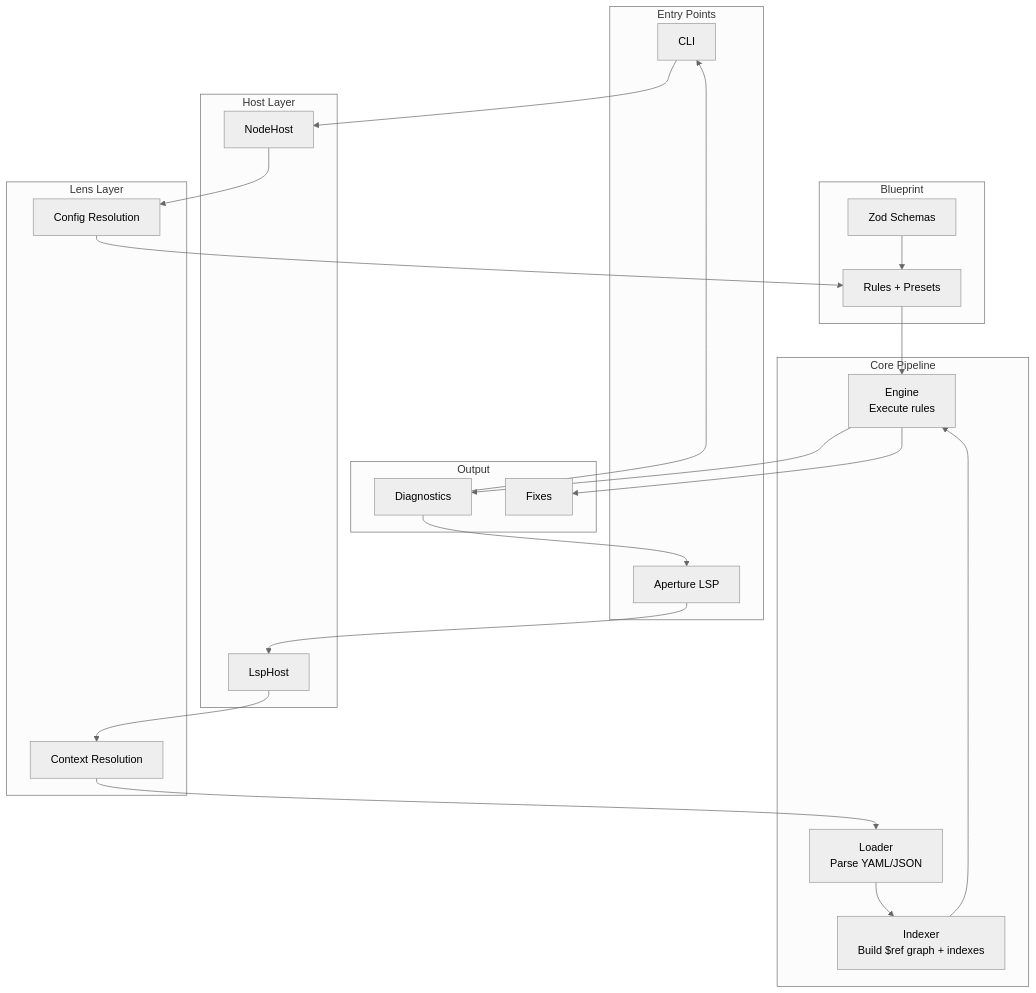
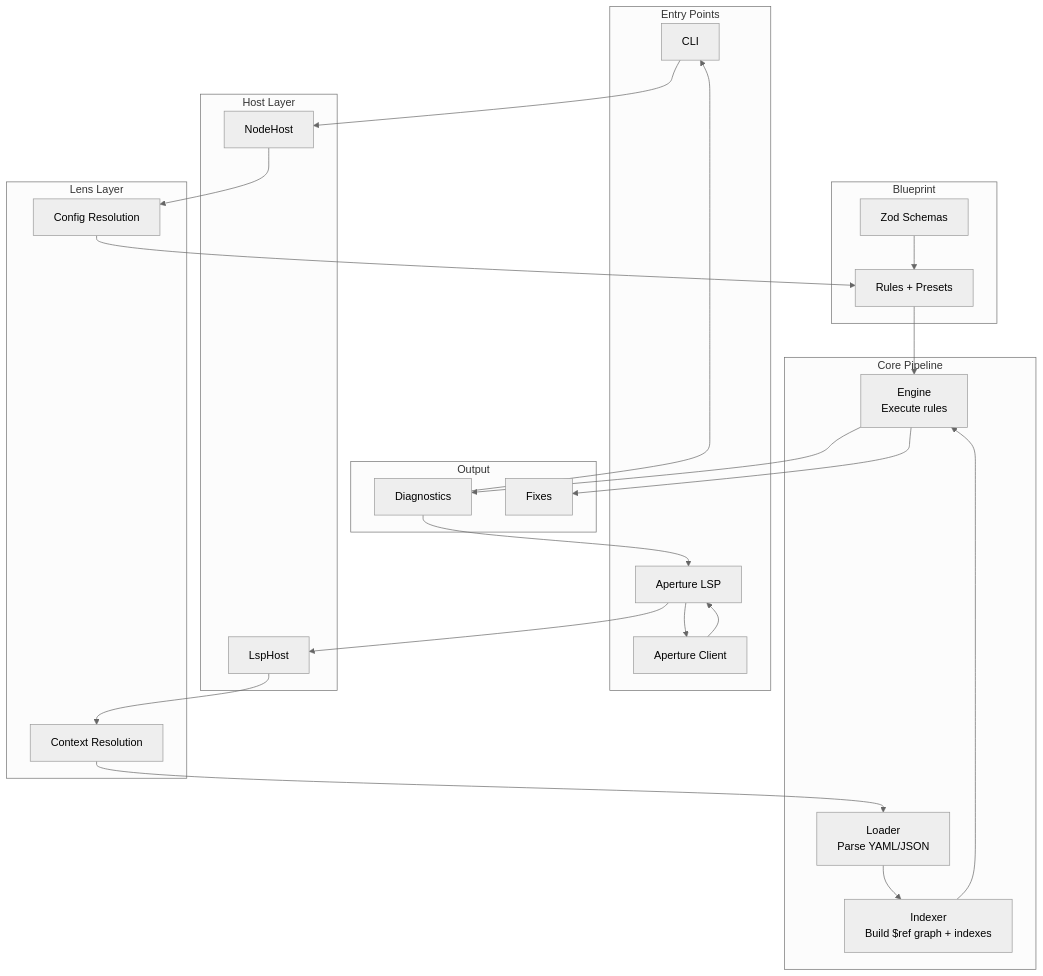
The diagram in README.md (sailpoint-oss/telescope), drawn with Mermaid (neutral theme) before and after one commit. The commit also changed other lines of this file and 2 other files, not shown here.

Commit message:
Update README files to reflect package renaming and clarify Aperture architecture. Change `packages/examples` to `packages/test-files` and enhance descriptions of the Aperture client and language server roles.

````diff
--- a/README.md
+++ b/README.md
@@ -27,48 +28,51 @@
 ```mermaid
 flowchart TB
     subgraph Entry["Entry Points"]
         CLI[CLI]
-        Aperture[Aperture LSP]
+        ApertureClient[Aperture Client]
+        ApertureLSP[Aperture LSP]
     end
 
     subgraph Host["Host Layer"]
         NodeHost[NodeHost]
         LspHost[LspHost]
     end
 
     subgraph Lens["Lens Layer"]
         Config[Config Resolution]
         Context[Context Resolution]
     end
 
     subgraph Core["Core Pipeline"]
         Loader[Loader<br/>Parse YAML/JSON]
         Indexer[Indexer<br/>Build $ref graph + indexes]
         Engine[Engine<br/>Execute rules]
     end
 
     subgraph Blueprint["Blueprint"]
         Rules[Rules + Presets]
         Schemas[Zod Schemas]
     end
 
     subgraph Output["Output"]
         Diagnostics[Diagnostics]
         Fixes[Fixes]
     end
 
     CLI --> NodeHost
-    Aperture --> LspHost
+    ApertureClient --> ApertureLSP
+    ApertureLSP --> LspHost
     NodeHost --> Config
     LspHost --> Context
     Config --> Rules
     Context --> Loader
     Loader --> Indexer
     Indexer --> Engine
     Rules --> Engine
     Schemas --> Rules
     Engine --> Diagnostics
     Engine --> Fixes
     Diagnostics --> CLI
-    Diagnostics --> Aperture
+    Diagnostics --> ApertureLSP
+    ApertureLSP --> ApertureClient
 ```
````
